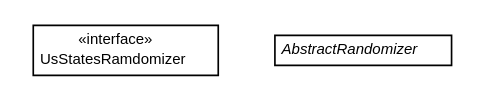
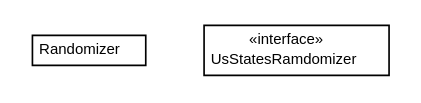
One commit to willmorejg/net.ljcomputing.randy changed the diagram in docs/javadoc/apidocs/net/ljcomputing/randy/randomizer/net.ljcomputing.randy.randomizer.dot. Above: the diagram before and after it, drawn with Graphviz. The commit also changed 138 other files, not shown here.

```diff
--- a/docs/javadoc/apidocs/net/ljcomputing/randy/randomizer/net.ljcomputing.randy.randomizer.dot
+++ b/docs/javadoc/apidocs/net/ljcomputing/randy/randomizer/net.ljcomputing.randy.randomizer.dot
@@ -1,25 +1,25 @@
 #!/usr/local/bin/dot
 #
 # Class diagram 
 # Generated by UMLGraph version R5_6 (http://www.umlgraph.org/)
 #
 
 digraph G {
 	edge [fontname="Helvetica",fontsize=10,labelfontname="Helvetica",labelfontsize=10];
 	node [fontname="Helvetica",fontsize=10,shape=plaintext];
 	nodesep=0.25;
 	ranksep=0.5;
+	// net.ljcomputing.randy.randomizer.Randomizer
+	c57 [label=<<table title="net.ljcomputing.randy.randomizer.Randomizer" border="0" cellborder="1" cellspacing="0" cellpadding="2" port="p" href="./Randomizer.html">
+		<tr><td><table border="0" cellspacing="0" cellpadding="1">
+<tr><td align="center" balign="center"> Randomizer </td></tr>
+		</table></td></tr>
+		</table>>, URL="./Randomizer.html", fontname="Helvetica", fontcolor="black", fontsize=9.0];
 	// net.ljcomputing.randy.randomizer.UsStatesRamdomizer
-	c47 [label=<<table title="net.ljcomputing.randy.randomizer.UsStatesRamdomizer" border="0" cellborder="1" cellspacing="0" cellpadding="2" port="p" href="./UsStatesRamdomizer.html">
+	c58 [label=<<table title="net.ljcomputing.randy.randomizer.UsStatesRamdomizer" border="0" cellborder="1" cellspacing="0" cellpadding="2" port="p" href="./UsStatesRamdomizer.html">
 		<tr><td><table border="0" cellspacing="0" cellpadding="1">
 <tr><td align="center" balign="center"> &#171;interface&#187; </td></tr>
 <tr><td align="center" balign="center"> UsStatesRamdomizer </td></tr>
 		</table></td></tr>
 		</table>>, URL="./UsStatesRamdomizer.html", fontname="Helvetica", fontcolor="black", fontsize=9.0];
-	// net.ljcomputing.randy.randomizer.AbstractRandomizer
-	c48 [label=<<table title="net.ljcomputing.randy.randomizer.AbstractRandomizer" border="0" cellborder="1" cellspacing="0" cellpadding="2" port="p" href="./AbstractRandomizer.html">
-		<tr><td><table border="0" cellspacing="0" cellpadding="1">
-<tr><td align="center" balign="center"><font face="Helvetica-Oblique"> AbstractRandomizer </font></td></tr>
-		</table></td></tr>
-		</table>>, URL="./AbstractRandomizer.html", fontname="Helvetica", fontcolor="black", fontsize=9.0];
 }
```
